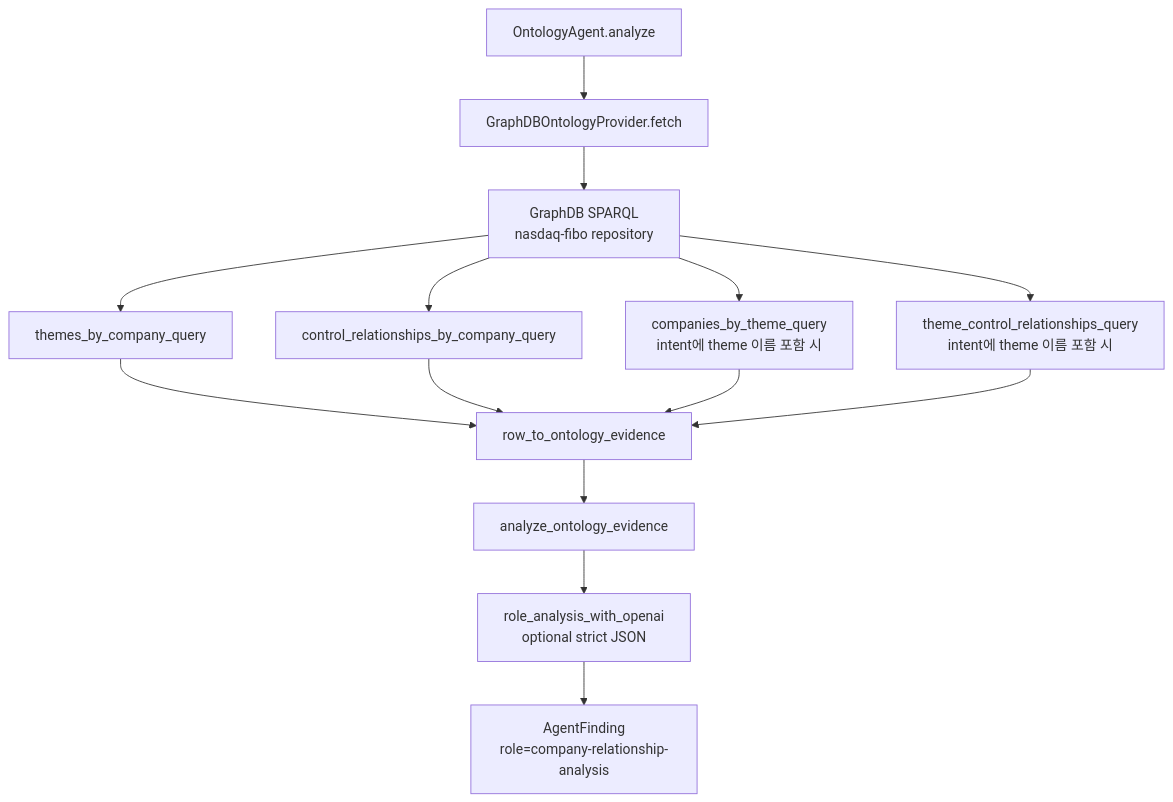
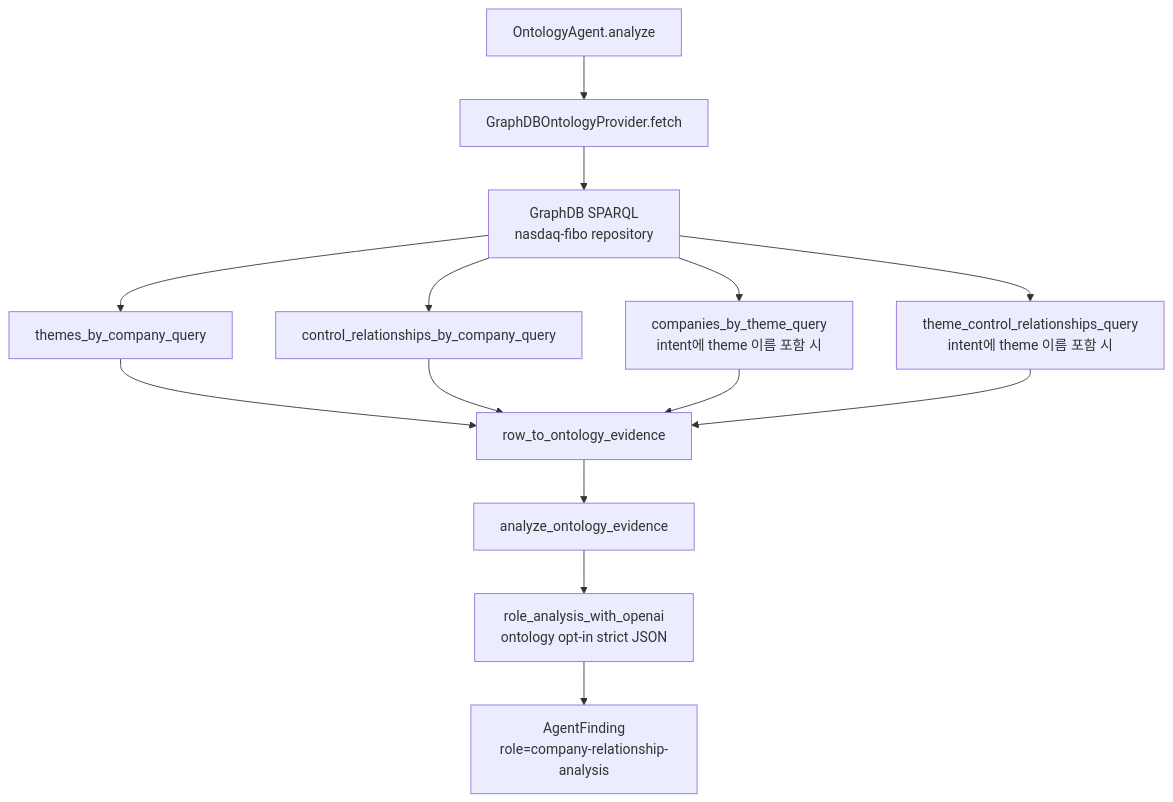
Before and after one commit to seunglee10/GOPS-BE: the sixth of 9 diagrams in docs/MULTI_AGENT_NEWS_ONTOLOGY_STRUCTURE.md, drawn with Mermaid. The commit also changed other lines of this file and 19 other files, not shown here.

````diff
--- a/docs/MULTI_AGENT_NEWS_ONTOLOGY_STRUCTURE.md
+++ b/docs/MULTI_AGENT_NEWS_ONTOLOGY_STRUCTURE.md
@@ -250,28 +250,28 @@
 ```mermaid
 flowchart TD
     ONTO_AGENT["OntologyAgent.analyze"]
     PROVIDER["GraphDBOntologyProvider.fetch"]
     SPARQL["GraphDB SPARQL<br/>nasdaq-fibo repository"]
     Q1["themes_by_company_query"]
     Q2["control_relationships_by_company_query"]
     Q3["companies_by_theme_query<br/>intent에 theme 이름 포함 시"]
     Q4["theme_control_relationships_query<br/>intent에 theme 이름 포함 시"]
     MAP["row_to_ontology_evidence"]
     DET_SUM["analyze_ontology_evidence"]
-    OAI["role_analysis_with_openai<br/>optional strict JSON"]
+    OAI["role_analysis_with_openai<br/>ontology opt-in strict JSON"]
     FINDING["AgentFinding<br/>role=company-relationship-analysis"]
 
     ONTO_AGENT --> PROVIDER
     PROVIDER --> SPARQL
     SPARQL --> Q1
     SPARQL --> Q2
     SPARQL --> Q3
     SPARQL --> Q4
     Q1 --> MAP
     Q2 --> MAP
     Q3 --> MAP
     Q4 --> MAP
     MAP --> DET_SUM
     DET_SUM --> OAI
     OAI --> FINDING
 ```
````
